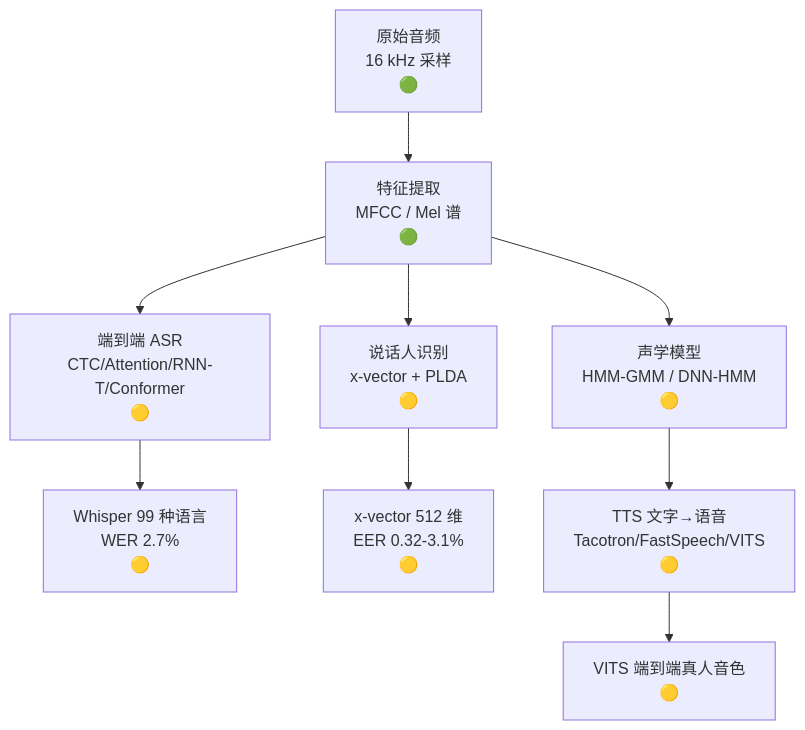
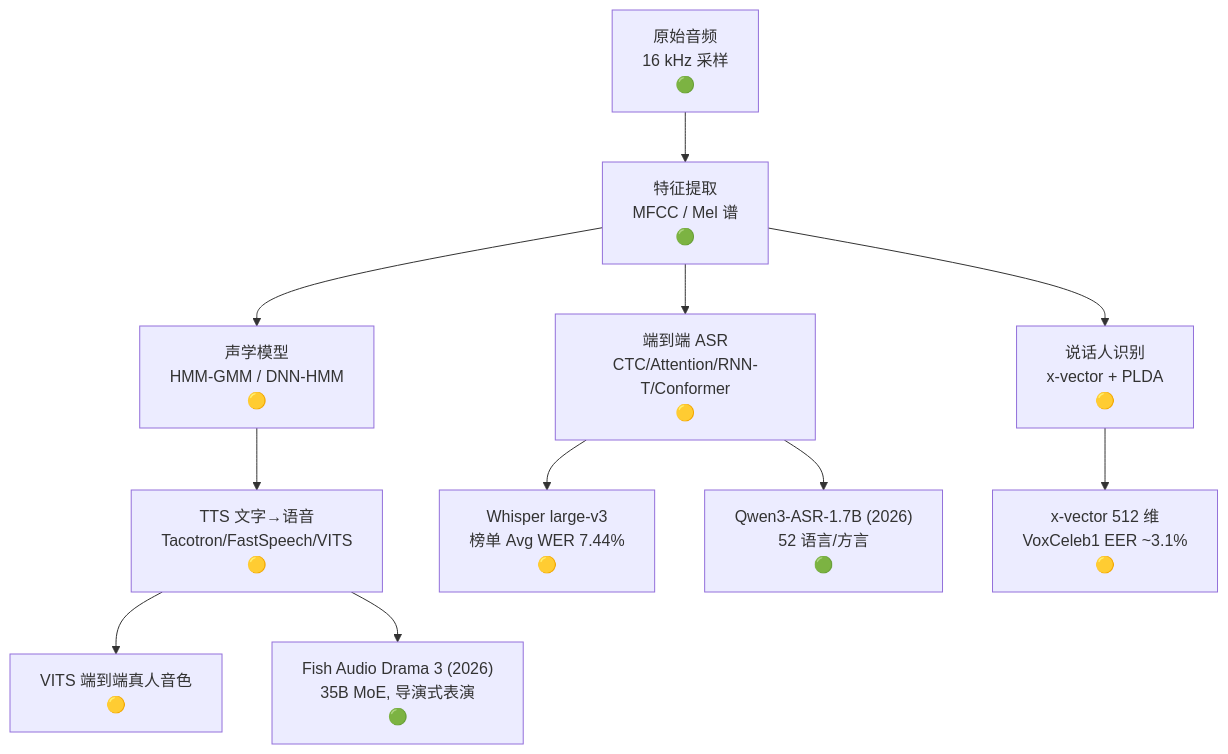
The diagram in zh/教辅/信息图/第09章.md (godlockin/maths-cs-ai-compendium), drawn with Mermaid before and after one commit. The commit also changed other lines of this file and 22 other files, not shown here.

````diff
--- a/zh/教辅/信息图/第09章.md
+++ b/zh/教辅/信息图/第09章.md
@@ -9,28 +9,34 @@
 ```mermaid
 flowchart TB
     A["原始音频
 16 kHz 采样
 🟢"] --> B["特征提取
 MFCC / Mel 谱
 🟢"]
     B --> C["声学模型
 HMM-GMM / DNN-HMM
 🟡"]
     B --> D["端到端 ASR
 CTC/Attention/RNN-T/Conformer
 🟡"]
     B --> E["说话人识别
 x-vector + PLDA
 🟡"]
-    D --> F["Whisper 99 种语言
-WER 2.7%
+    D --> F["Whisper large-v3
+榜单 Avg WER 7.44%
 🟡"]
     E --> G["x-vector 512 维
-EER 0.32-3.1%
+VoxCeleb1 EER ~3.1%
 🟡"]
     C --> H["TTS 文字→语音
 Tacotron/FastSpeech/VITS
 🟡"]
     H --> I["VITS 端到端真人音色
 🟡"]
+    H --> J["Fish Audio Drama 3 (2026)
+35B MoE, 导演式表演
+🟢"]
+    D --> K["Qwen3-ASR-1.7B (2026)
+52 语言/方言
+🟢"]
 ```
````
